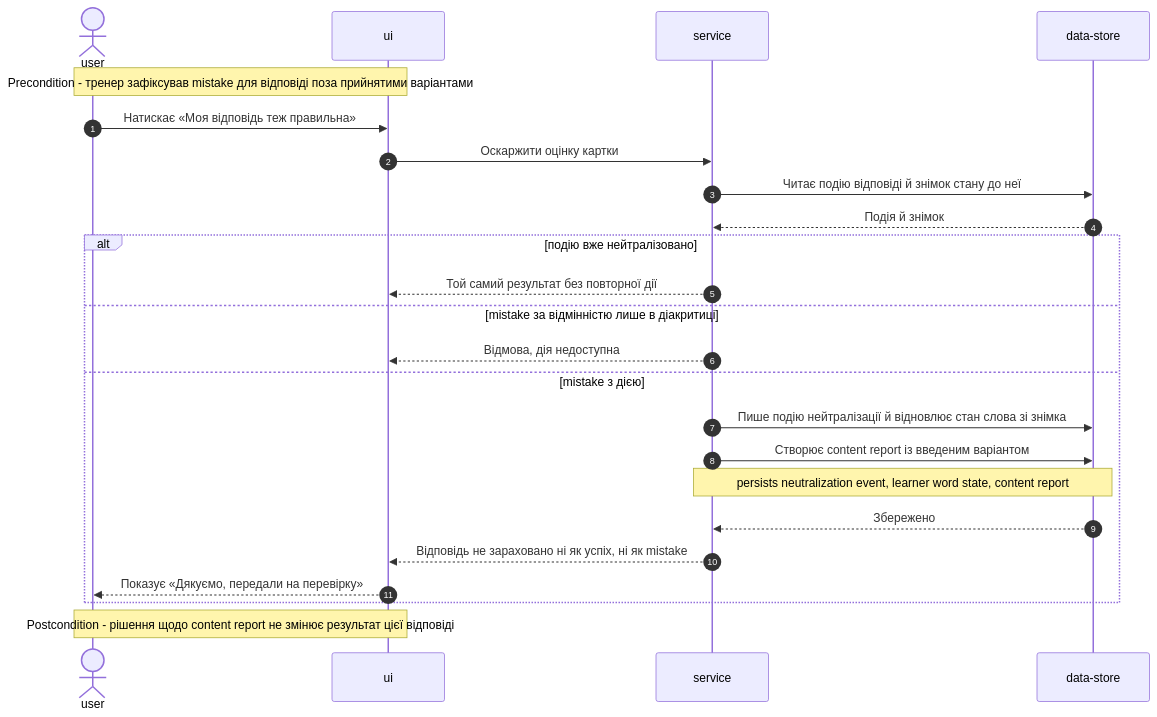
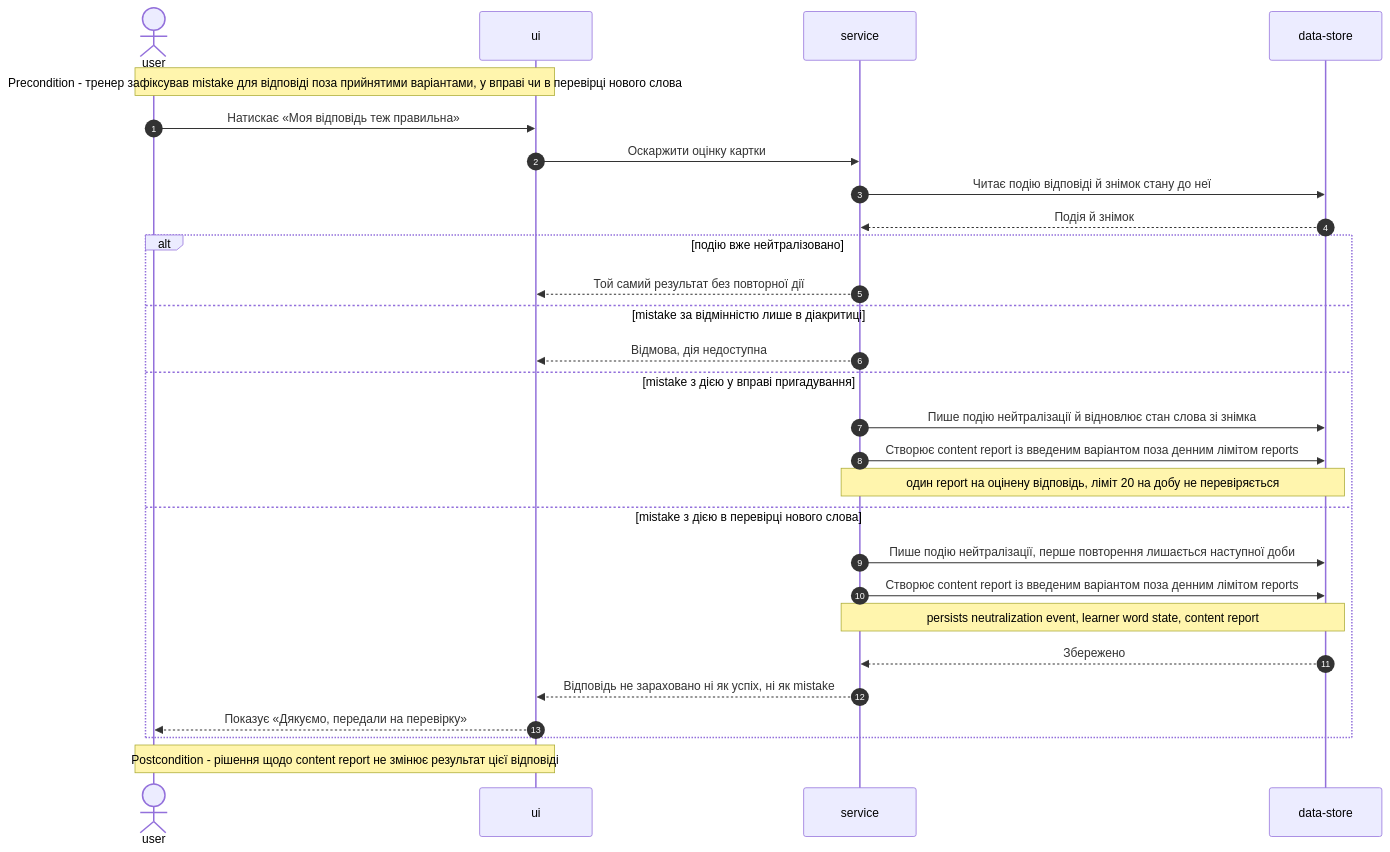
The ninth of 17 diagrams in docs/features/personal-trainer-mvp/sad.md (HeliosPersonal/constant-learning), drawn with Mermaid before and after one commit. The commit also changed other lines of this file and 7 other files, not shown here.

````diff
--- a/docs/features/personal-trainer-mvp/sad.md
+++ b/docs/features/personal-trainer-mvp/sad.md
@@ -357,27 +364,31 @@
 ```mermaid
 sequenceDiagram
     autonumber
     actor U as user
     participant UI as ui
     participant S as service
     participant D as data-store
 
-    Note over U,UI: Precondition - тренер зафіксував mistake для відповіді поза прийнятими варіантами
+    Note over U,UI: Precondition - тренер зафіксував mistake для відповіді поза прийнятими варіантами, у вправі чи в перевірці нового слова
     U->>UI: Натискає «Моя відповідь теж правильна»
     UI->>S: Оскаржити оцінку картки
     S->>D: Читає подію відповіді й знімок стану до неї
     D-->>S: Подія й знімок
     alt подію вже нейтралізовано
         S-->>UI: Той самий результат без повторної дії
     else mistake за відмінністю лише в діакритиці
         S-->>UI: Відмова, дія недоступна
-    else mistake з дією
+    else mistake з дією у вправі пригадування
         S->>D: Пише подію нейтралізації й відновлює стан слова зі знімка
-        S->>D: Створює content report із введеним варіантом
+        S->>D: Створює content report із введеним варіантом поза денним лімітом reports
+        Note over S,D: один report на оцінену відповідь, ліміт 20 на добу не перевіряється
+    else mistake з дією в перевірці нового слова
+        S->>D: Пише подію нейтралізації, перше повторення лишається наступної доби
+        S->>D: Створює content report із введеним варіантом поза денним лімітом reports
         Note over S,D: persists neutralization event, learner word state, content report
         D-->>S: Збережено
         S-->>UI: Відповідь не зараховано ні як успіх, ні як mistake
         UI-->>U: Показує «Дякуємо, передали на перевірку»
     end
     Note over U,UI: Postcondition - рішення щодо content report не змінює результат цієї відповіді
 ```
````
